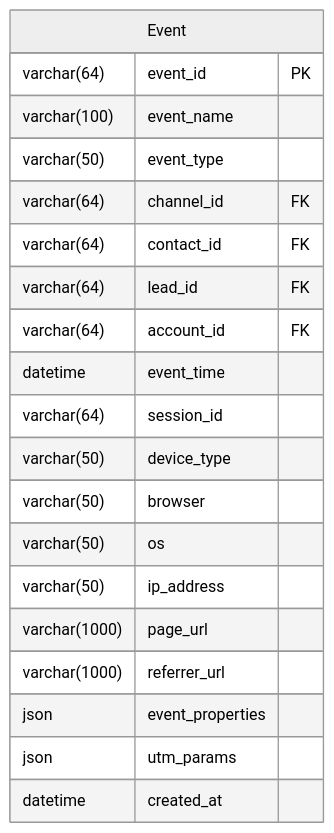
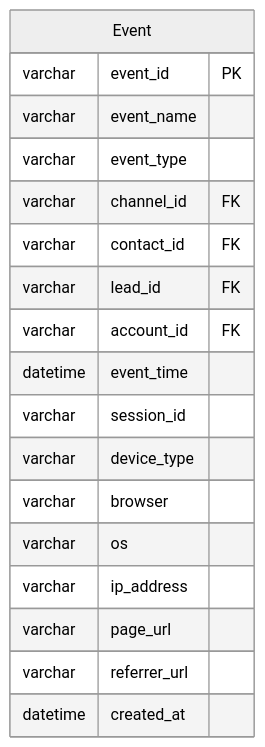
The tenth of 25 diagrams in docs/b2b-cdp-entity-design.md (312268112/advanced-java), drawn with Mermaid (neutral theme) before and after one commit. The commit also changed other lines of this file, not shown here.

````diff
--- a/docs/b2b-cdp-entity-design.md
+++ b/docs/b2b-cdp-entity-design.md
@@ -593,23 +576,21 @@
 ```mermaid
 erDiagram
     Event {
-        varchar(64) event_id PK
-        varchar(100) event_name
-        varchar(50) event_type
-        varchar(64) channel_id FK
-        varchar(64) contact_id FK
-        varchar(64) lead_id FK
-        varchar(64) account_id FK
+        varchar event_id PK
+        varchar event_name
+        varchar event_type
+        varchar channel_id FK
+        varchar contact_id FK
+        varchar lead_id FK
+        varchar account_id FK
         datetime event_time
-        varchar(64) session_id
-        varchar(50) device_type
-        varchar(50) browser
-        varchar(50) os
-        varchar(50) ip_address
-        varchar(1000) page_url
-        varchar(1000) referrer_url
-        json event_properties
-        json utm_params
+        varchar session_id
+        varchar device_type
+        varchar browser
+        varchar os
+        varchar ip_address
+        varchar page_url
+        varchar referrer_url
         datetime created_at
     }
 ```
````
